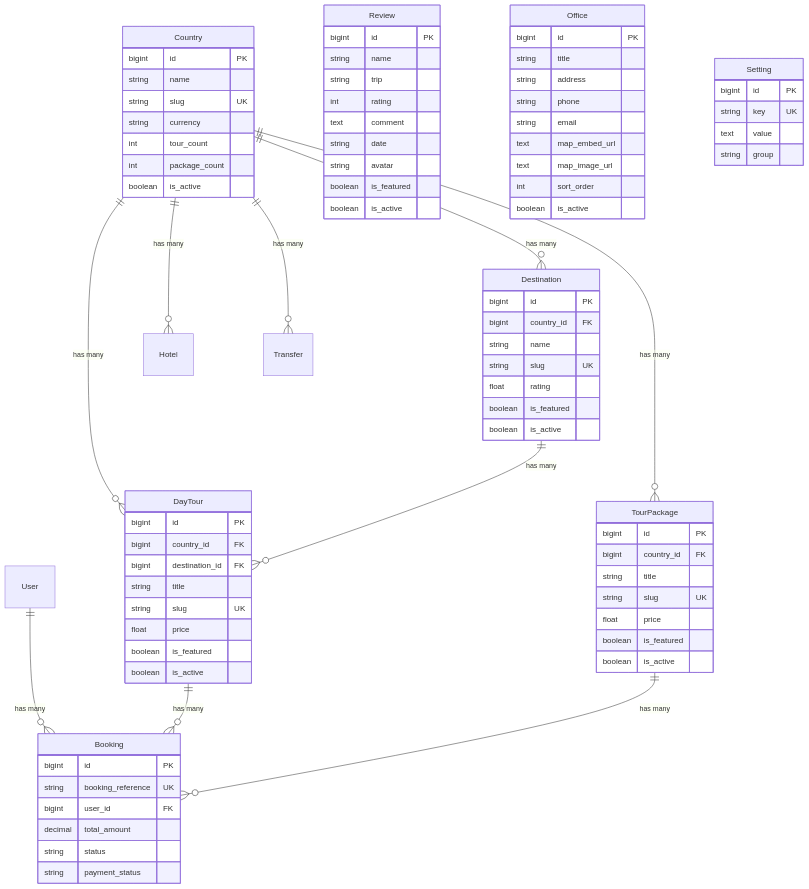
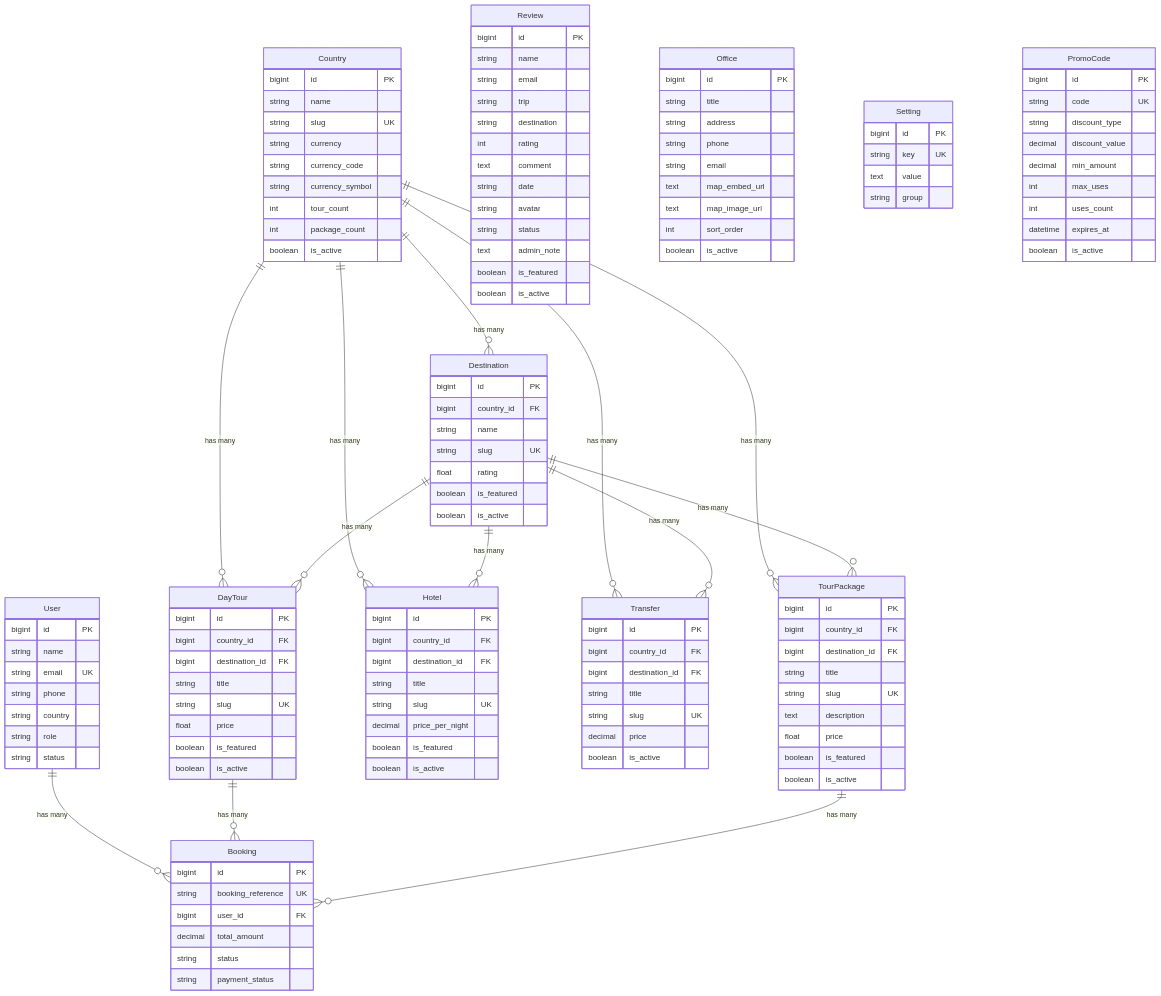
The second of 3 diagrams in PROJECT_CONTEXT.md (jerindotwibe/plantrip-backend-laravel), drawn with Mermaid before and after one commit. The commit also changed other lines of this file and 27 other files, not shown here.

```diff
--- a/PROJECT_CONTEXT.md
+++ b/PROJECT_CONTEXT.md
@@ -413,18 +417,35 @@
     Country ||--o{ Hotel : "has many"
     Country ||--o{ Transfer : "has many"
     Destination ||--o{ DayTour : "has many"
+    Destination ||--o{ TourPackage : "has many"
+    Destination ||--o{ Hotel : "has many"
+    Destination ||--o{ Transfer : "has many"
     User ||--o{ Booking : "has many"
     DayTour ||--o{ Booking : "has many"
     TourPackage ||--o{ Booking : "has many"
 
+    User {
+        bigint id PK
+        string name
+        string email UK
+        string phone
+        string country
+        string role
+        string status
+    }
+
     Review {
         bigint id PK
         string name
+        string email
         string trip
+        string destination
         int rating
         text comment
         string date
         string avatar
+        string status
+        text admin_note
         boolean is_featured
         boolean is_active
     }
@@ -453,6 +474,8 @@
         string name
         string slug UK
         string currency
+        string currency_code
+        string currency_symbol
         int tour_count
         int package_count
         boolean is_active
@@ -482,10 +505,45 @@
     TourPackage {
         bigint id PK
         bigint country_id FK
+        bigint destination_id FK
         string title
         string slug UK
+        text description
         float price
         boolean is_featured
+        boolean is_active
+    }
+
+    Hotel {
+        bigint id PK
+        bigint country_id FK
+        bigint destination_id FK
+        string title
+        string slug UK
+        decimal price_per_night
+        boolean is_featured
+        boolean is_active
+    }
+
+    Transfer {
+        bigint id PK
+        bigint country_id FK
+        bigint destination_id FK
+        string title
+        string slug UK
+        decimal price
+        boolean is_active
+    }
+
+    PromoCode {
+        bigint id PK
+        string code UK
+        string discount_type
+        decimal discount_value
+        decimal min_amount
+        int max_uses
+        int uses_count
+        datetime expires_at
         boolean is_active
     }
 
```
